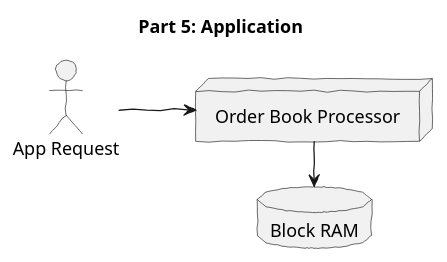
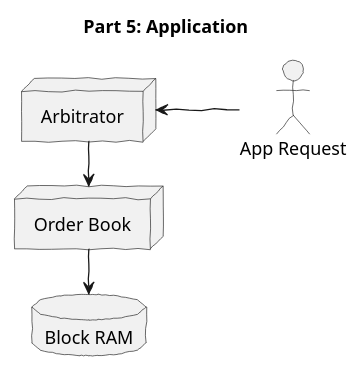
One commit to fpganow/OrderBook changed the diagram in diagrams/Part.5.plantuml. Above: the diagram before and after it, drawn with PlantUML. The commit also changed 4 other files, not shown here.

Commit message:
Updating diagrams

```diff
--- a/diagrams/Part.5.plantuml
+++ b/diagrams/Part.5.plantuml
@@ -1,19 +1,21 @@
 @startuml Part 5: Application
 
 title Part 5: Application
 
 skinparam handwritten true
 left to right direction
 
 skinparam cloud {
     handwritten false
 }
 
 actor "App Request" as App
-node "Order Book Processor" as OrderBook
+node "Arbitrator" as Arbitrator
+node "Order Book" as OrderBook
 database "Block RAM" as Memory
 
-App --> OrderBook
+Arbitrator <-- App
+Arbitrator -> OrderBook
 OrderBook -> Memory
 
 @enduml
```
